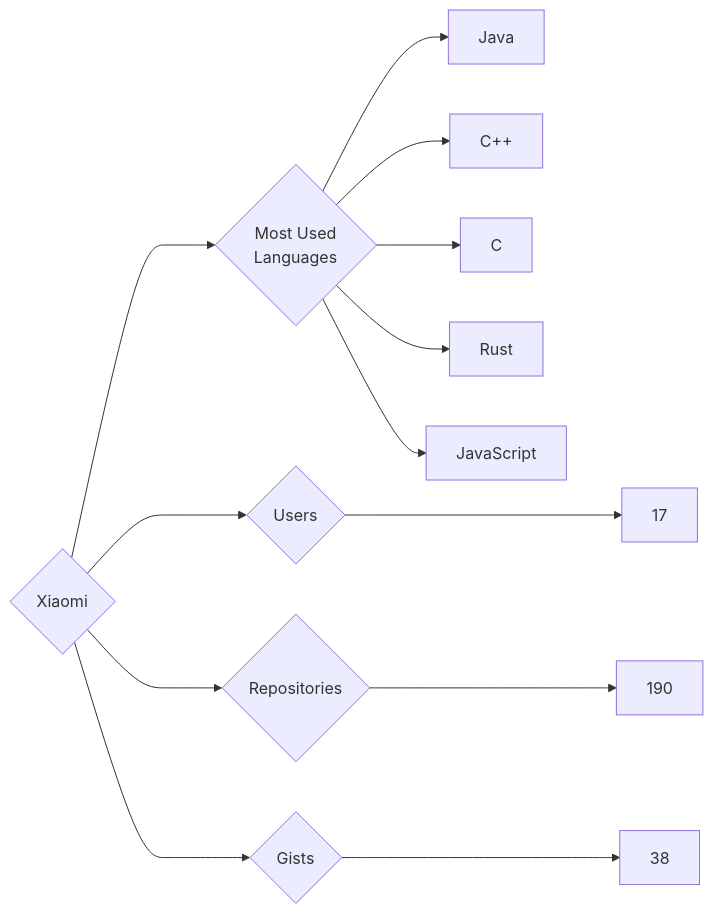
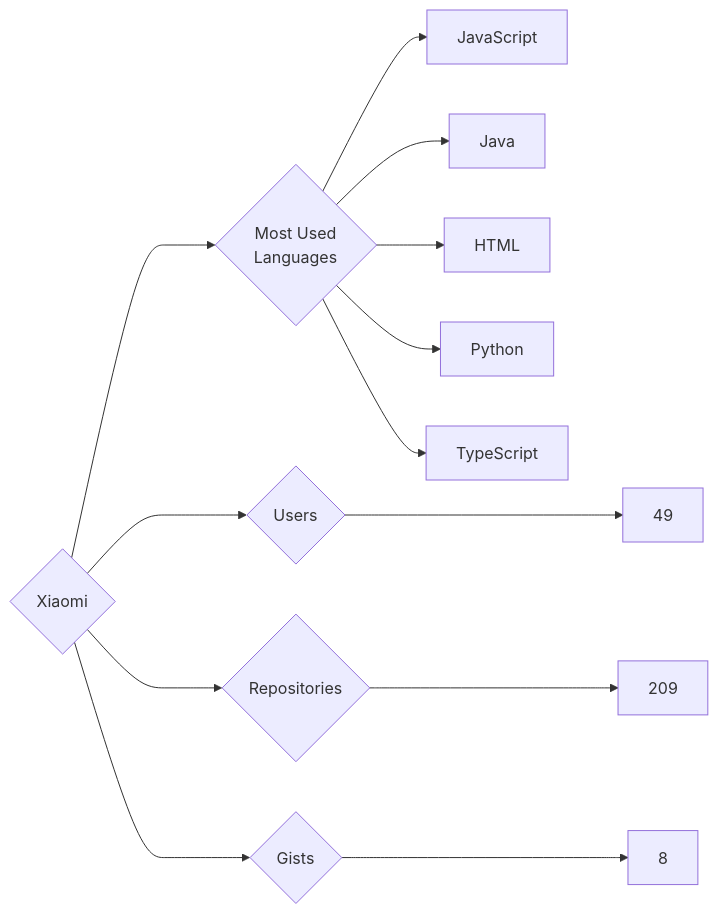
One commit to trickest/insiders changed the diagram in targets/Xiaomi/README.md. Above: the diagram before and after it, drawn with Mermaid. The commit also changed 695 other files, not shown here.

````diff
--- a/targets/Xiaomi/README.md
+++ b/targets/Xiaomi/README.md
@@ -3,13 +3,13 @@
 ```mermaid
 graph LR
 COMPANY_NAME{Xiaomi}
-COMPANY_NAME ---> U{Users} ---> UN[17]
-COMPANY_NAME ---> R{Repositories} ---> RN[190]
-COMPANY_NAME ---> G{Gists} ---> GN[38]
+COMPANY_NAME ---> U{Users} ---> UN[49]
+COMPANY_NAME ---> R{Repositories} ---> RN[209]
+COMPANY_NAME ---> G{Gists} ---> GN[8]
 COMPANY_NAME ---> ML{Most Used<br>Languages}
+ML --> JavaScript[JavaScript]
 ML --> Java[Java]
-ML --> C++[C++]
-ML --> C[C]
-ML --> Rust[Rust]
-ML --> JavaScript[JavaScript]
+ML --> HTML[HTML]
+ML --> Python[Python]
+ML --> TypeScript[TypeScript]
 ```
````
